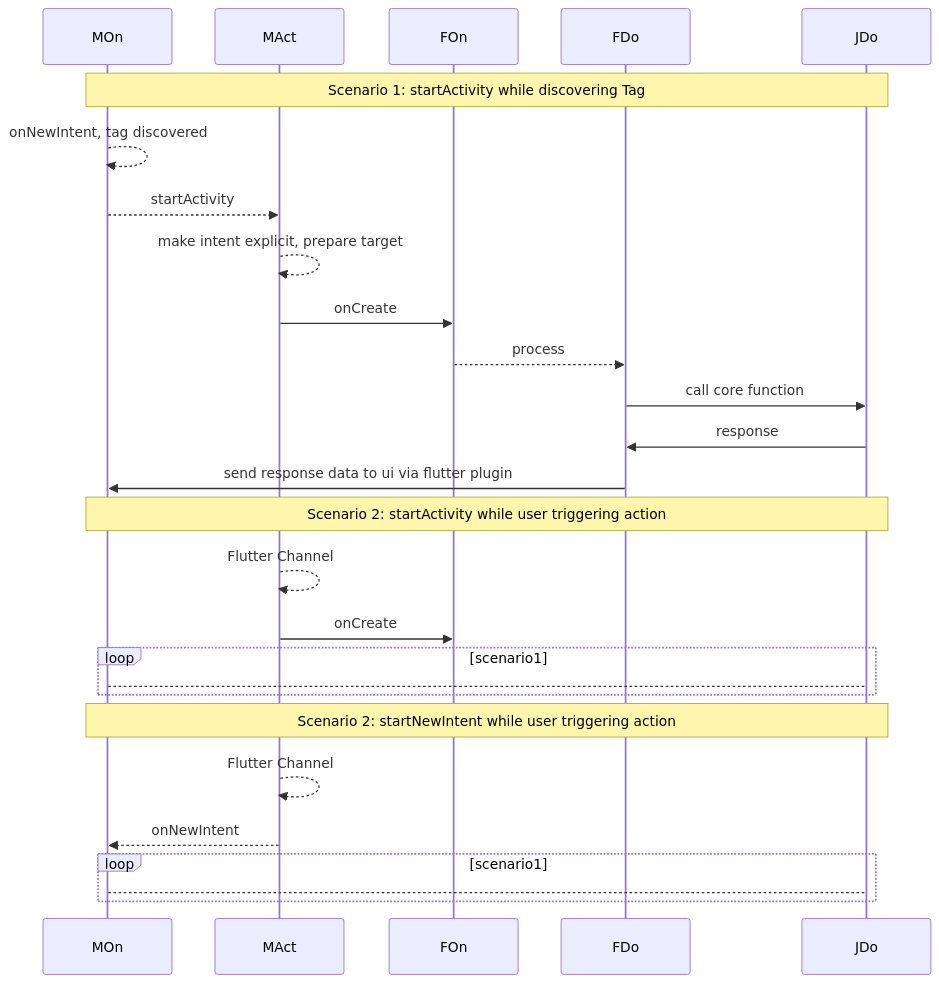
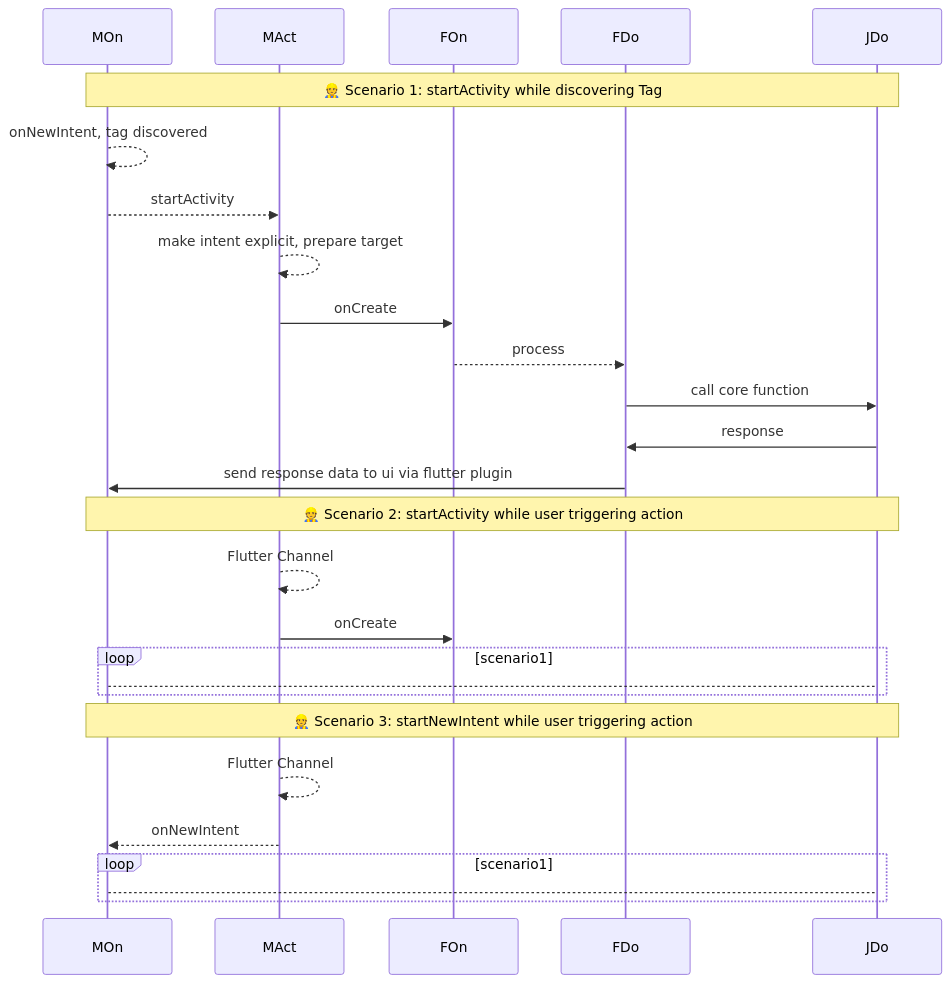
The first of 3 diagrams in flutter/android_to_flutter.md (gordianknotC/nxp_note), drawn with Mermaid before and after one commit. The commit also changed other lines of this file, not shown here.

````diff
--- a/flutter/android_to_flutter.md
+++ b/flutter/android_to_flutter.md
@@ -3,35 +3,35 @@
 ```mermaid
 sequenceDiagram
 
 participant MOn
 participant MAct
 participant FOn
 participant FDo
 participant JDo
 
-Note over MOn, JDo: Scenario 1: startActivity while discovering Tag
+Note over MOn, JDo: 👷 Scenario 1: startActivity while discovering Tag
 MOn-->>MOn: onNewIntent, tag discovered
 MOn-->>MAct: startActivity
 MAct-->>MAct: make intent explicit, prepare target
 MAct->>FOn: onCreate
 FOn-->>FDo: process
 FDo->>JDo: call core function
 JDo->>FDo: response
 FDo->>MOn: send response data to ui via flutter plugin
 
-Note over MOn, JDo: Scenario 2: startActivity while user triggering action
+Note over MOn, JDo: 👷 Scenario 2: startActivity while user triggering action
 MAct-->>MAct: Flutter Channel
 MAct->>FOn: onCreate
 loop scenario1
 	MOn-->JDo: 
 end
 
-Note over MOn, JDo: Scenario 2: startNewIntent while user triggering action
+Note over MOn, JDo: 👷 Scenario 3: startNewIntent while user triggering action
 MAct-->>MAct: Flutter Channel
 MAct-->>MOn: onNewIntent
 loop scenario1
 	MOn-->JDo: 
 end
 
 
 ```
````
